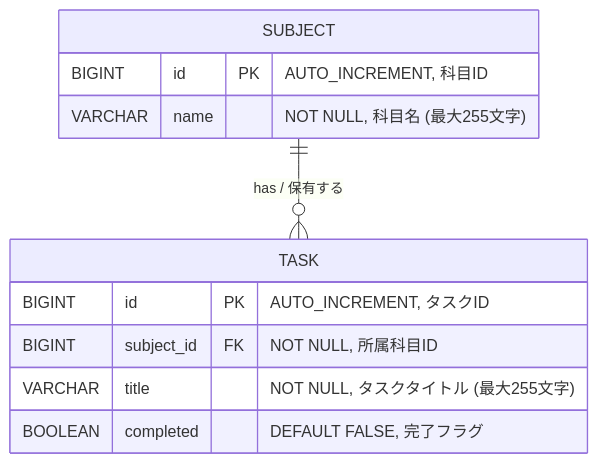
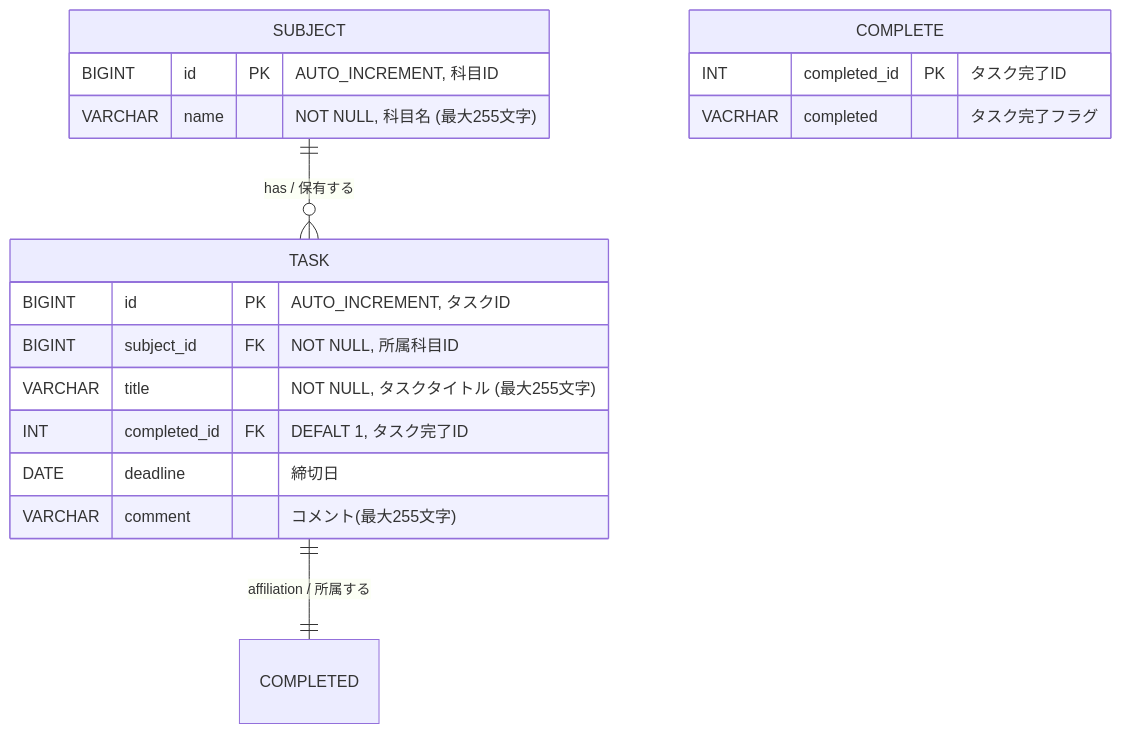
The diagram in docs/er-diagram.md (taidonn1216/java-study-tracker), drawn with Mermaid before and after one commit. The commit also changed other lines of this file and 20 other files, not shown here.

Commit message:
Goal1完了:タスク機能、締め切り、コメントの実装とER図、javadocの追加

````diff
--- a/docs/er-diagram.md
+++ b/docs/er-diagram.md
@@ -17,16 +17,26 @@
 ```mermaid
 erDiagram
     SUBJECT {
         BIGINT id PK "AUTO_INCREMENT, 科目ID"
         VARCHAR name "NOT NULL, 科目名 (最大255文字)"
     }
 
     TASK {
         BIGINT id PK "AUTO_INCREMENT, タスクID"
         BIGINT subject_id FK "NOT NULL, 所属科目ID"
         VARCHAR title "NOT NULL, タスクタイトル (最大255文字)"
-        BOOLEAN completed "DEFAULT FALSE, 完了フラグ"
+        INT completed_id FK "DEFALT 1, タスク完了ID
+        " 
+        DATE deadline "締切日"
+        VARCHAR comment "コメント(最大255文字)"
+
+    }
+
+    COMPLETE{
+        INT completed_id PK "タスク完了ID"
+        VACRHAR completed "タスク完了フラグ"
     }
 
     SUBJECT ||--o{ TASK : "has / 保有する"
+    TASK ||--|| COMPLETED : "affiliation / 所属する "
 ```
````
